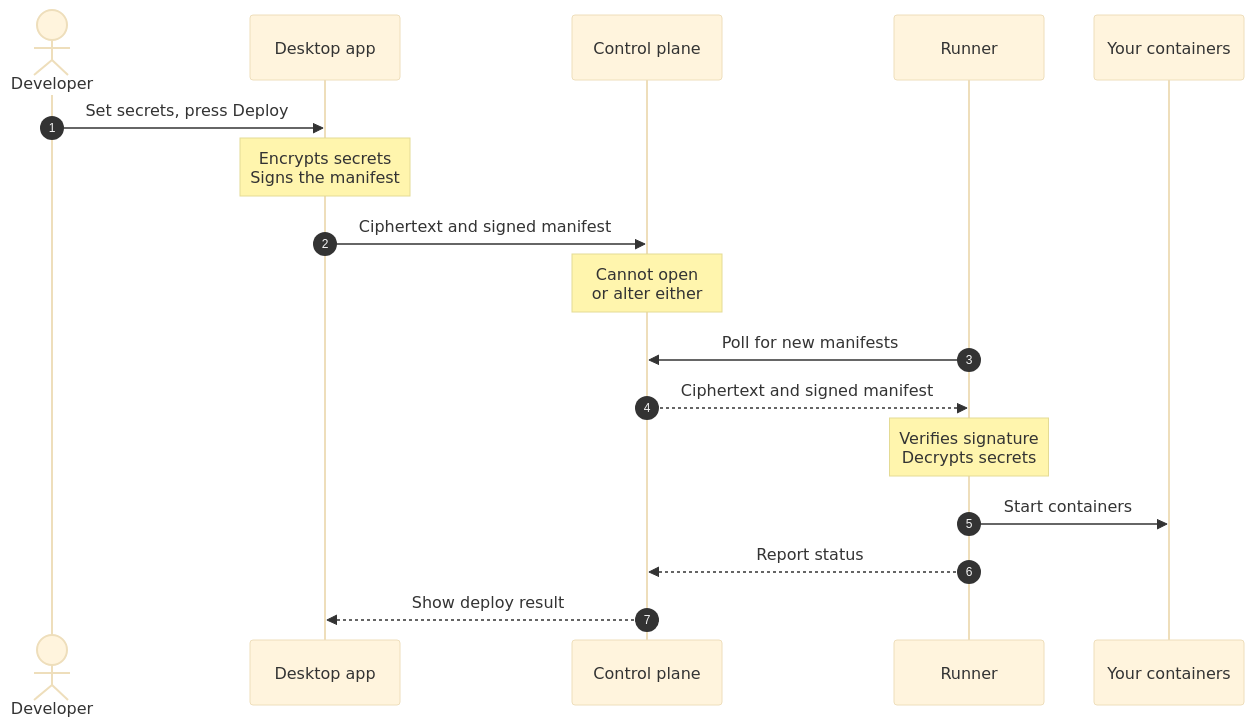
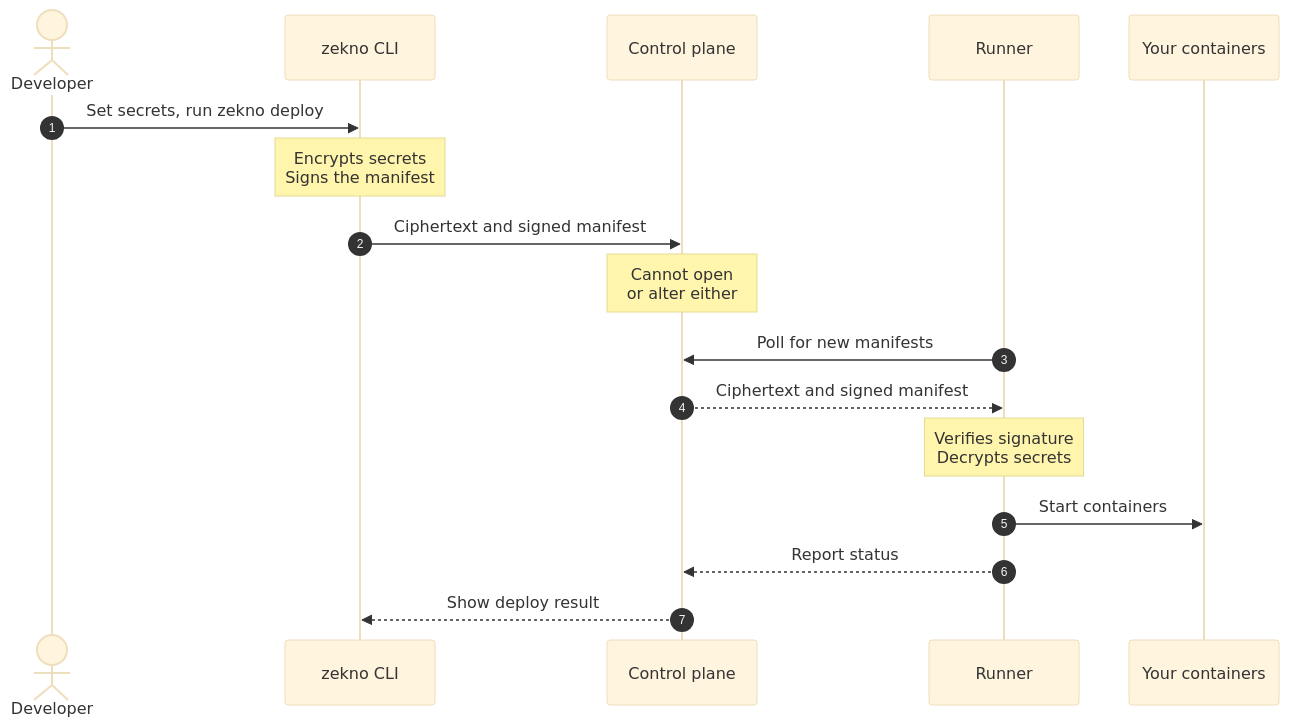
Before and after one commit to zekno-app/zekno: the third of 3 diagrams in README.md, drawn with Mermaid (base theme). The commit also changed other lines of this file and 3 other files, not shown here.

````diff
--- a/README.md
+++ b/README.md
@@ -66,20 +116,20 @@
 ```mermaid
 sequenceDiagram
     autonumber
     actor Dev as Developer
-    participant App as Desktop app
+    participant App as zekno CLI
     participant CP as Control plane
     participant Runner as Runner
     participant Run as Your containers
 
-    Dev->>App: Set secrets, press Deploy
+    Dev->>App: Set secrets, run zekno deploy
     Note over App: Encrypts secrets<br/>Signs the manifest
     App->>CP: Ciphertext and signed manifest
     Note over CP: Cannot open<br/>or alter either
     Runner->>CP: Poll for new manifests
     CP-->>Runner: Ciphertext and signed manifest
     Note over Runner: Verifies signature<br/>Decrypts secrets
     Runner->>Run: Start containers
     Runner-->>CP: Report status
     CP-->>App: Show deploy result
 ```
````
